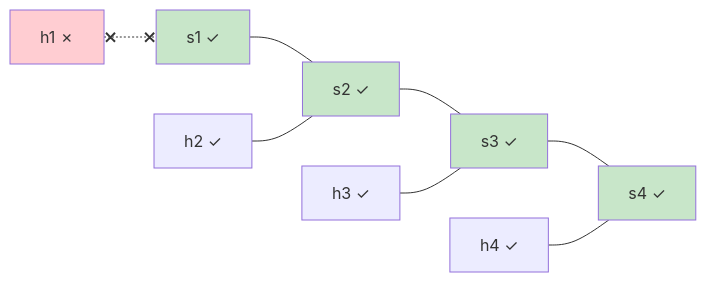
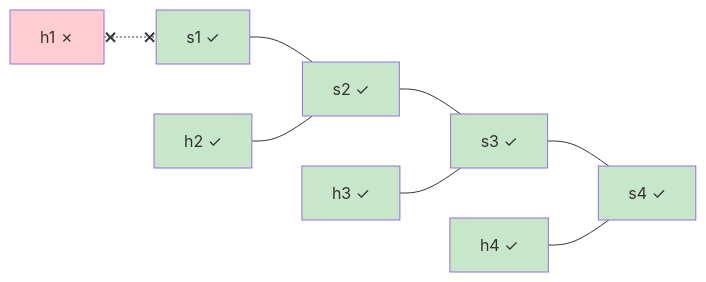
One commit to nishan-paul-2022/MarkdownPDF changed the fifth of 6 diagrams in public/content-2/sample-document.md. Above: the diagram before and after it, drawn with Mermaid. The commit also changed other lines of this file and 12 other files, not shown here.

````diff
--- a/public/content-2/sample-document.md
+++ b/public/content-2/sample-document.md
@@ -410,16 +376,19 @@
 ```mermaid
 graph LR
     H1[h1 ✗] x-.-x S1[s1 ✓]
     S1 --- S2[s2 ✓]
     S2 --- S3[s3 ✓]
     S3 --- S4[s4 ✓]
     H2[h2 ✓] --- S2
     H3[h3 ✓] --- S3
     H4[h4 ✓] --- S4
-
+    
     style H1 fill:#ffcdd2
     style S1 fill:#c8e6c9
     style S2 fill:#c8e6c9
     style S3 fill:#c8e6c9
     style S4 fill:#c8e6c9
+    style H2 fill:#c8e6c9
+    style H3 fill:#c8e6c9
+    style H4 fill:#c8e6c9
 ```
````
